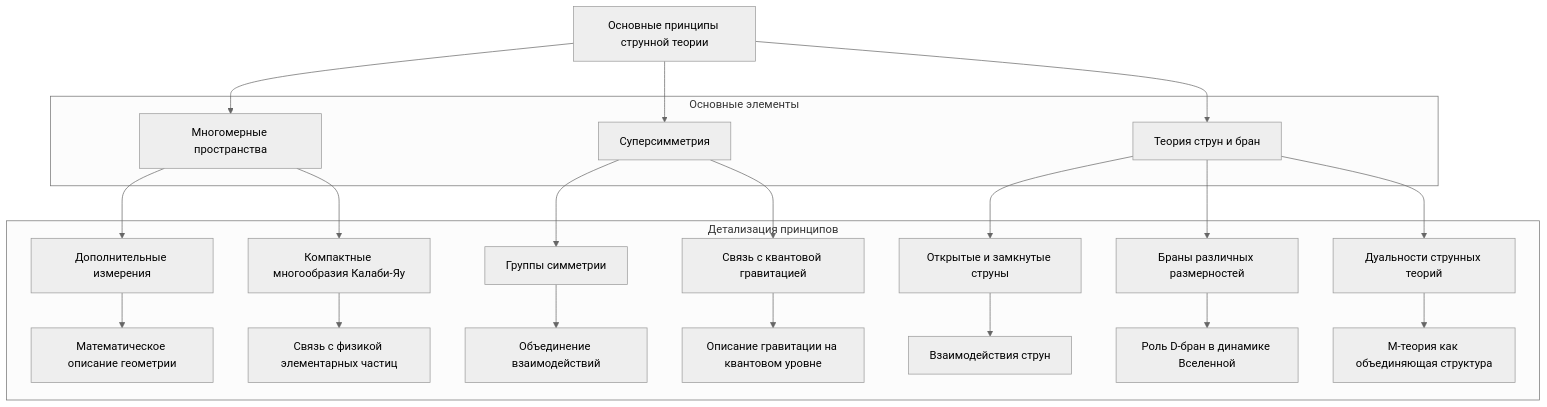
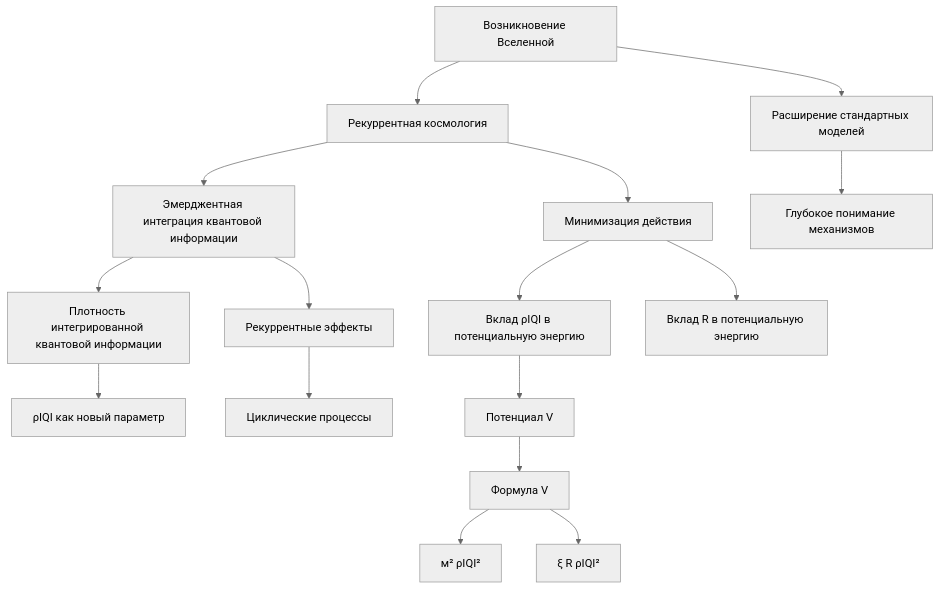
One commit to commeta/consciousness changed diagram 18 of 28 in The-Theory-of-Everything.md. Above: the diagram before and after it, drawn with Mermaid (neutral theme). The commit also changed other lines of this file, not shown here.

````diff
--- a/The-Theory-of-Everything.md
+++ b/The-Theory-of-Everything.md
@@ -988,50 +611,18 @@
 ```mermaid
-graph TB
-    A[Основные принципы струнной теории]
-    A --> B[Многомерные пространства]
-    A --> C[Суперсимметрия]
-    A --> D[Теория струн и бран]
-
-    B --> E[Дополнительные измерения]
-    B --> F[Компактные многообразия Калаби-Яу]
-
-    C --> G[Группы симметрии]
-    C --> H[Связь с квантовой гравитацией]
-
-    D --> I[Открытые и замкнутые струны]
-    D --> J[Браны различных размерностей]
-    D --> K[Дуальности струнных теорий]
-
-    E --> L[Математическое описание геометрии]
-    F --> M[Связь с физикой элементарных частиц]
-
-    G --> N[Объединение взаимодействий]
-    H --> O[Описание гравитации на квантовом уровне]
-
-    I --> P[Взаимодействия струн]
-    J --> Q[Роль D-бран в динамике Вселенной]
-    K --> R[М-теория как объединяющая структура]
-
-    subgraph Основные элементы
-        B
-        C
-        D
-    end
-
-    subgraph Детализация принципов
-        E
-        F
-        G
-        H
-        I
-        J
-        K
-        L
-        M
-        N
-        O
-        P
-        Q
-        R
-    end
+graph TD
+    A[Возникновение Вселенной] --> B[Рекуррентная космология]
+    B --> C[Эмерджентная интеграция квантовой информации]
+    C --> D[Плотность интегрированной квантовой информации]
+    D --> E[ρIQI как новый параметр]
+    C --> F[Рекуррентные эффекты]
+    F --> G[Циклические процессы]
+    B --> H[Минимизация действия]
+    H --> I[Вклад ρIQI в потенциальную энергию]
+    H --> J[Вклад R в потенциальную энергию]
+    I --> K[Потенциал V]
+    K --> L[Формула V]
+    L --> M[м² ρIQI²]
+    L --> N[ξ R ρIQI²]
+    A --> O[Расширение стандартных моделей]
+    O --> P[Глубокое понимание механизмов]
 ```
````
